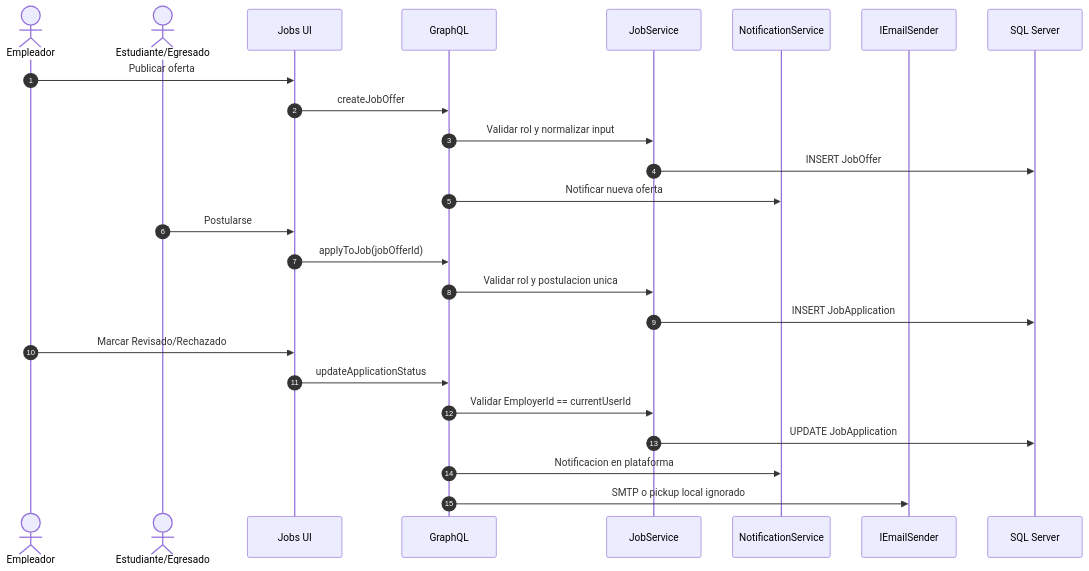
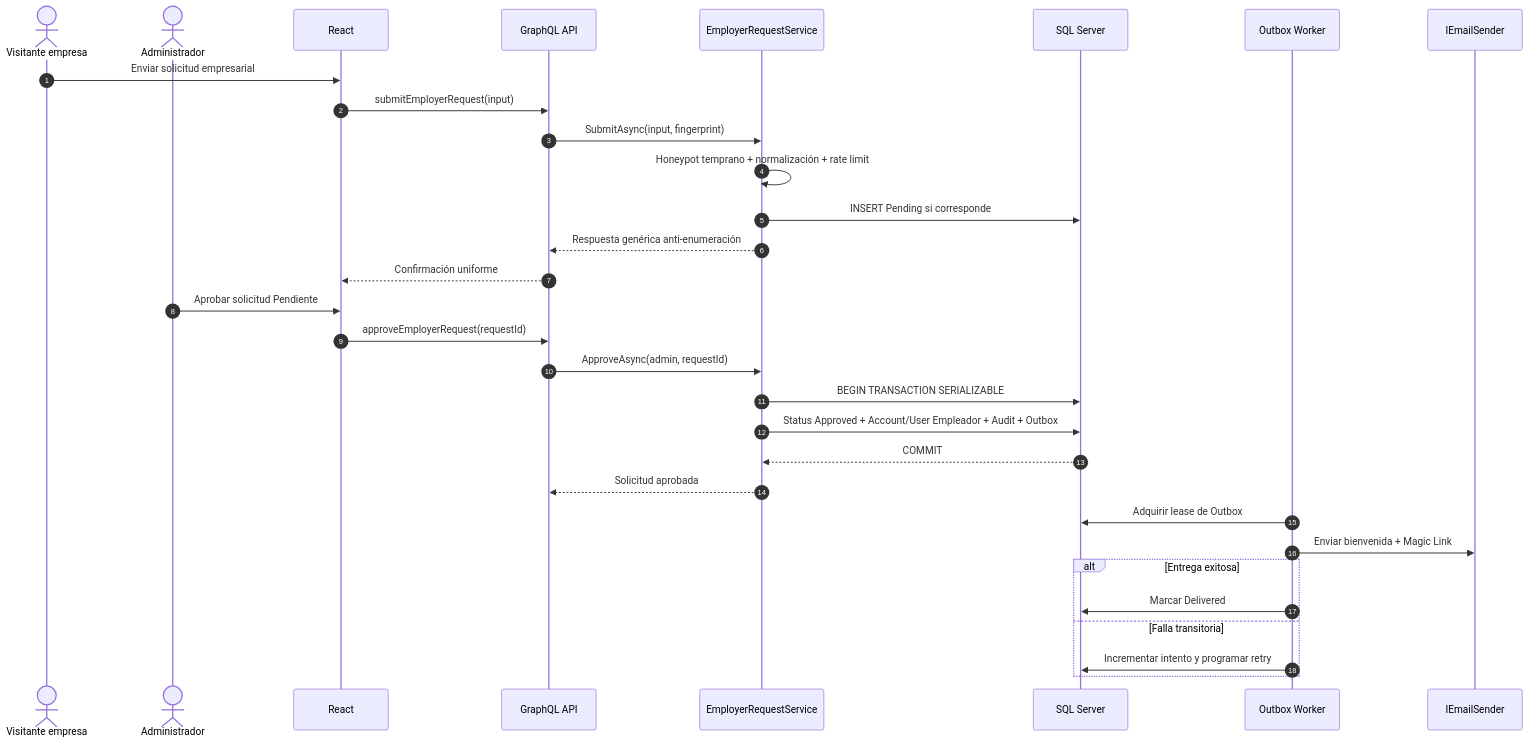
Before and after one commit to fagdiaz/OneITB: the ninth of 13 diagrams in docs/academic/04-design-diagrams.md, drawn with Mermaid. The commit also changed other lines of this file and 58 other files, not shown here.

````diff
--- a/docs/academic/04-design-diagrams.md
+++ b/docs/academic/04-design-diagrams.md
@@ -262,28 +583,37 @@
 ```mermaid
+%%{init: {"theme": "default"}}%%
 sequenceDiagram
     autonumber
-    actor Employer as Empleador
-    actor Applicant as Estudiante/Egresado
-    participant FE as Jobs UI
-    participant GQL as GraphQL
-    participant Jobs as JobService
-    participant Notify as NotificationService
-    participant Email as IEmailSender
+    actor V as Visitante empresa
+    actor A as Administrador
+    participant FE as React
+    participant GQL as GraphQL API
+    participant S as EmployerRequestService
     participant DB as SQL Server
+    participant W as Outbox Worker
+    participant MAIL as IEmailSender
 
-    Employer->>FE: Publicar oferta
-    FE->>GQL: createJobOffer
-    GQL->>Jobs: Validar rol y normalizar input
-    Jobs->>DB: INSERT JobOffer
-    GQL->>Notify: Notificar nueva oferta
-    Applicant->>FE: Postularse
-    FE->>GQL: applyToJob(jobOfferId)
-    GQL->>Jobs: Validar rol y postulacion unica
-    Jobs->>DB: INSERT JobApplication
-    Employer->>FE: Marcar Revisado/Rechazado
-    FE->>GQL: updateApplicationStatus
-    GQL->>Jobs: Validar EmployerId == currentUserId
-    Jobs->>DB: UPDATE JobApplication
-    GQL->>Notify: Notificacion en plataforma
-    GQL->>Email: SMTP o pickup local ignorado
+    V->>FE: Enviar solicitud empresarial
+    FE->>GQL: submitEmployerRequest(input)
+    GQL->>S: SubmitAsync(input, fingerprint)
+    S->>S: Honeypot temprano + normalización + rate limit
+    S->>DB: INSERT Pending si corresponde
+    S-->>GQL: Respuesta genérica anti-enumeración
+    GQL-->>FE: Confirmación uniforme
+
+    A->>FE: Aprobar solicitud Pendiente
+    FE->>GQL: approveEmployerRequest(requestId)
+    GQL->>S: ApproveAsync(admin, requestId)
+    S->>DB: BEGIN TRANSACTION SERIALIZABLE
+    S->>DB: Status Approved + Account/User Empleador + Audit + Outbox
+    DB-->>S: COMMIT
+    S-->>GQL: Solicitud aprobada
+
+    W->>DB: Adquirir lease de Outbox
+    W->>MAIL: Enviar bienvenida + Magic Link
+    alt Entrega exitosa
+        W->>DB: Marcar Delivered
+    else Falla transitoria
+        W->>DB: Incrementar intento y programar retry
+    end
 ```
````
